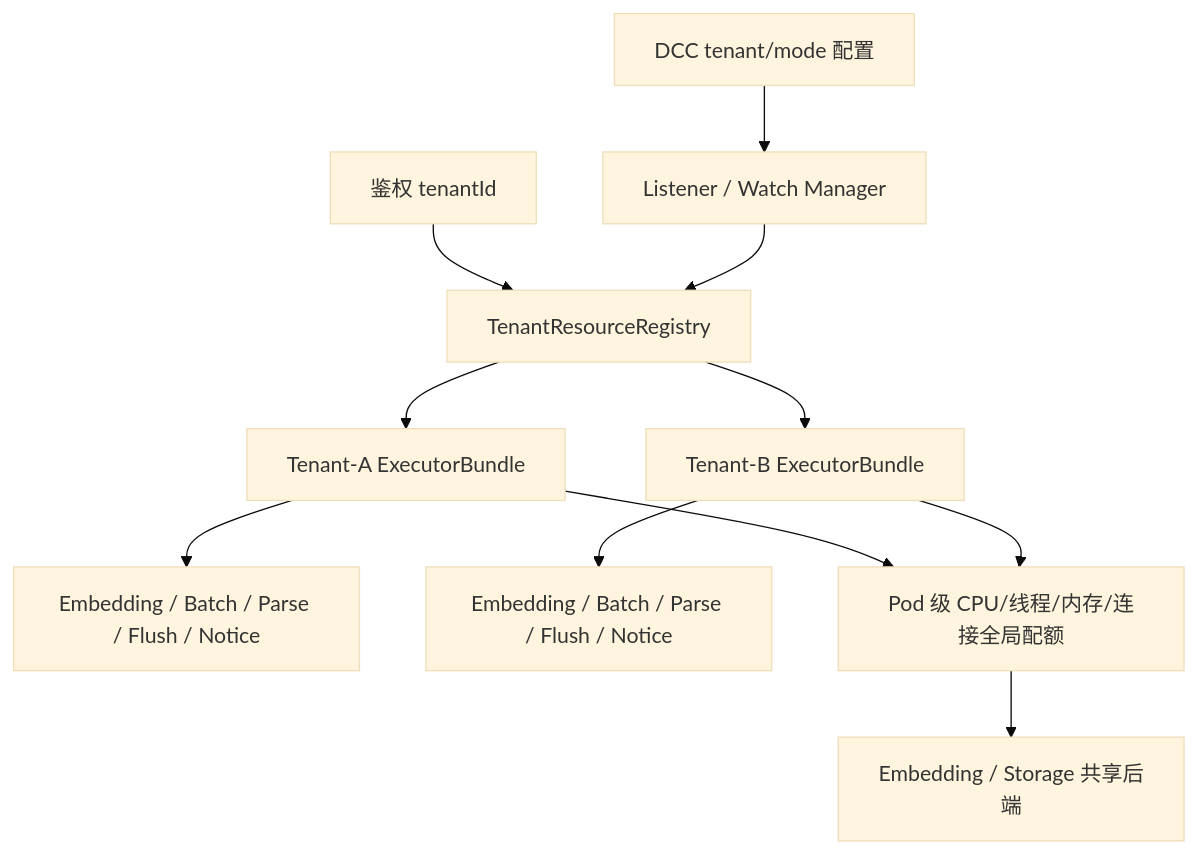
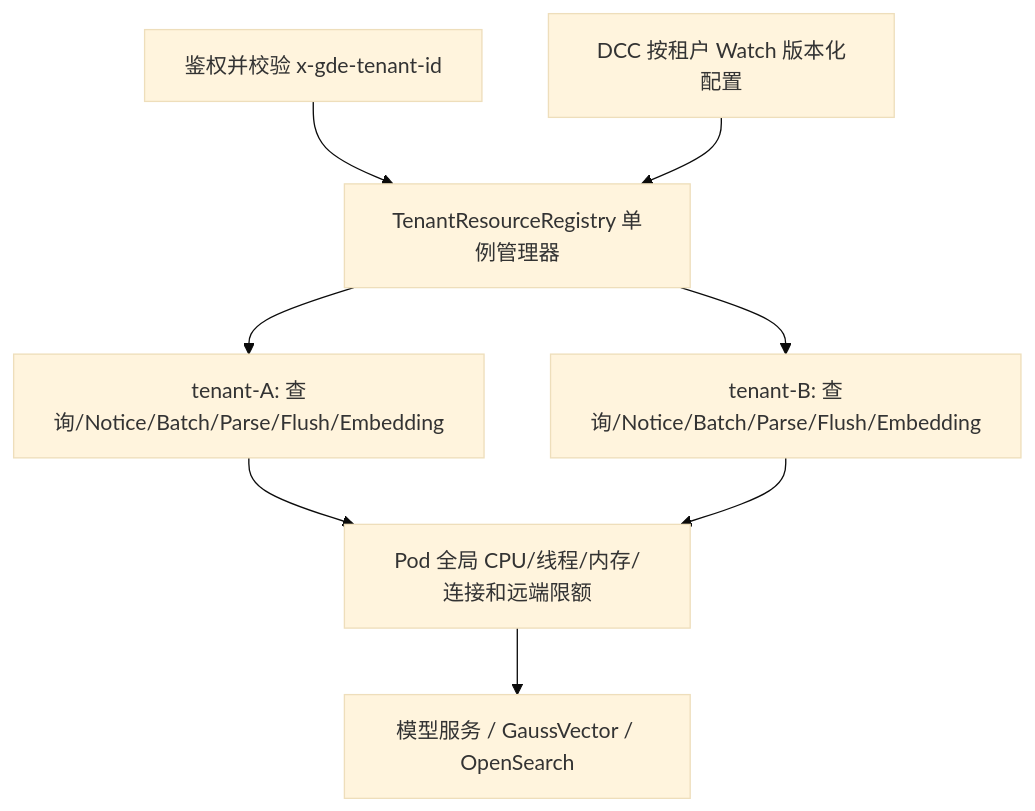
Before and after one commit to cfwl100/onology_dsl: the third of 3 diagrams in docs/Agentic Operation Center 27.3.0 功能设计说明书（IRxxx 软件Q4需求）.md, drawn with Mermaid (base theme). The commit also changed other lines of this file, not shown here.

````diff
--- a/docs/Agentic Operation Center 27.3.0 功能设计说明书（IRxxx 软件Q4需求）.md
+++ b/docs/Agentic Operation Center 27.3.0 功能设计说明书（IRxxx 软件Q4需求）.md
@@ -741,13 +815,10 @@
 ```mermaid
 flowchart TD
-    A[鉴权 tenantId] --> B[TenantResourceRegistry]
-    D[DCC tenant/mode 配置] --> W[Listener / Watch Manager]
-    W --> B
-    B --> E[Tenant-A ExecutorBundle]
-    B --> F[Tenant-B ExecutorBundle]
-    E --> E1[Embedding / Batch / Parse / Flush / Notice]
-    F --> F1[Embedding / Batch / Parse / Flush / Notice]
-    E --> G[Pod 级 CPU/线程/内存/连接全局配额]
-    F --> G
-    G --> H[Embedding / Storage 共享后端]
+  H[鉴权并校验 x-gde-tenant-id] --> R[TenantResourceRegistry 单例管理器]
+  D[DCC 按租户 Watch 版本化配置] --> R
+  R --> A[tenant-A: 查询/Notice/Batch/Parse/Flush/Embedding]
+  R --> B[tenant-B: 查询/Notice/Batch/Parse/Flush/Embedding]
+  A --> G[Pod 全局 CPU/线程/内存/连接和远端限额]
+  B --> G
+  G --> DB[模型服务 / GaussVector / OpenSearch]
 ```
````
